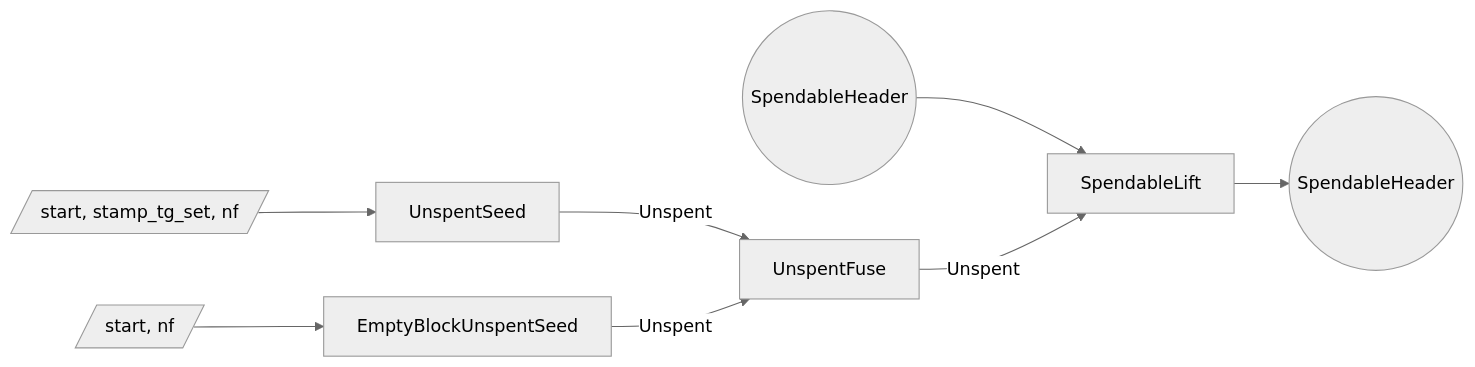
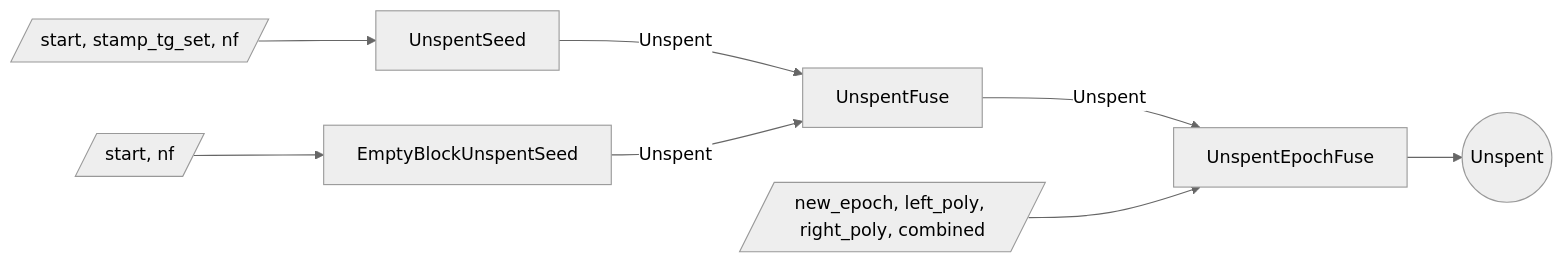
Before and after one commit to tachyon-zcash/tachyon: the third of 4 diagrams in book/src/proof-tree.md, drawn with Mermaid (neutral theme). The commit also changed other lines of this file and 31 other files, not shown here.

````diff
--- a/book/src/proof-tree.md
+++ b/book/src/proof-tree.md
@@ -280,19 +237,19 @@
 ```mermaid
 flowchart LR
-  sp_in((SpendableHeader))
   w_seed[/start, stamp_tg_set, nf/]
   s_useed[UnspentSeed]
   w_empty[/start, nf/]
   s_uempty[EmptyBlockUnspentSeed]
   s_ufuse[UnspentFuse]
-  s_lift[SpendableLift]
-  sp_out((SpendableHeader))
+  w_efuse[/new_epoch, left_poly, right_poly, combined/]
+  s_efuse[UnspentEpochFuse]
+  unspent_out((Unspent))
 
   w_seed --> s_useed
   w_empty --> s_uempty
   s_useed -->|Unspent| s_ufuse
   s_uempty -->|Unspent| s_ufuse
-  sp_in --> s_lift
-  s_ufuse -->|Unspent| s_lift
-  s_lift --> sp_out
+  s_ufuse -->|Unspent| s_efuse
+  w_efuse --> s_efuse
+  s_efuse --> unspent_out
 ```
````
